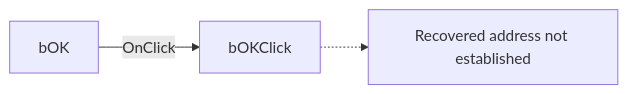
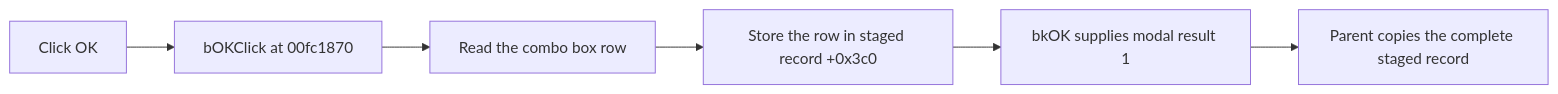
Before and after one commit to MovGP0/TIARA: the diagram in docs/ui-controls/dlgflowchartinterrupti8051ext0/bok-bd2f51582d.md, drawn with Mermaid. The commit also changed other lines of this file and 387 other files, not shown here.

````diff
--- a/docs/ui-controls/dlgflowchartinterrupti8051ext0/bok-bd2f51582d.md
+++ b/docs/ui-controls/dlgflowchartinterrupti8051ext0/bok-bd2f51582d.md
@@ -27,5 +48,8 @@
 ```mermaid
 flowchart LR
-    control["bOK"] -->|OnClick| handler["bOKClick"]
-    handler -.-> unresolved["Recovered address not established"]
+    control["Click OK"] --> handler["bOKClick at 00fc1870"]
+    handler --> readRow["Read the combo box row"]
+    readRow --> storeRow["Store the row in staged record +0x3c0"]
+    storeRow --> accept["bkOK supplies modal result 1"]
+    accept --> commit["Parent copies the complete staged record"]
 ```
````
